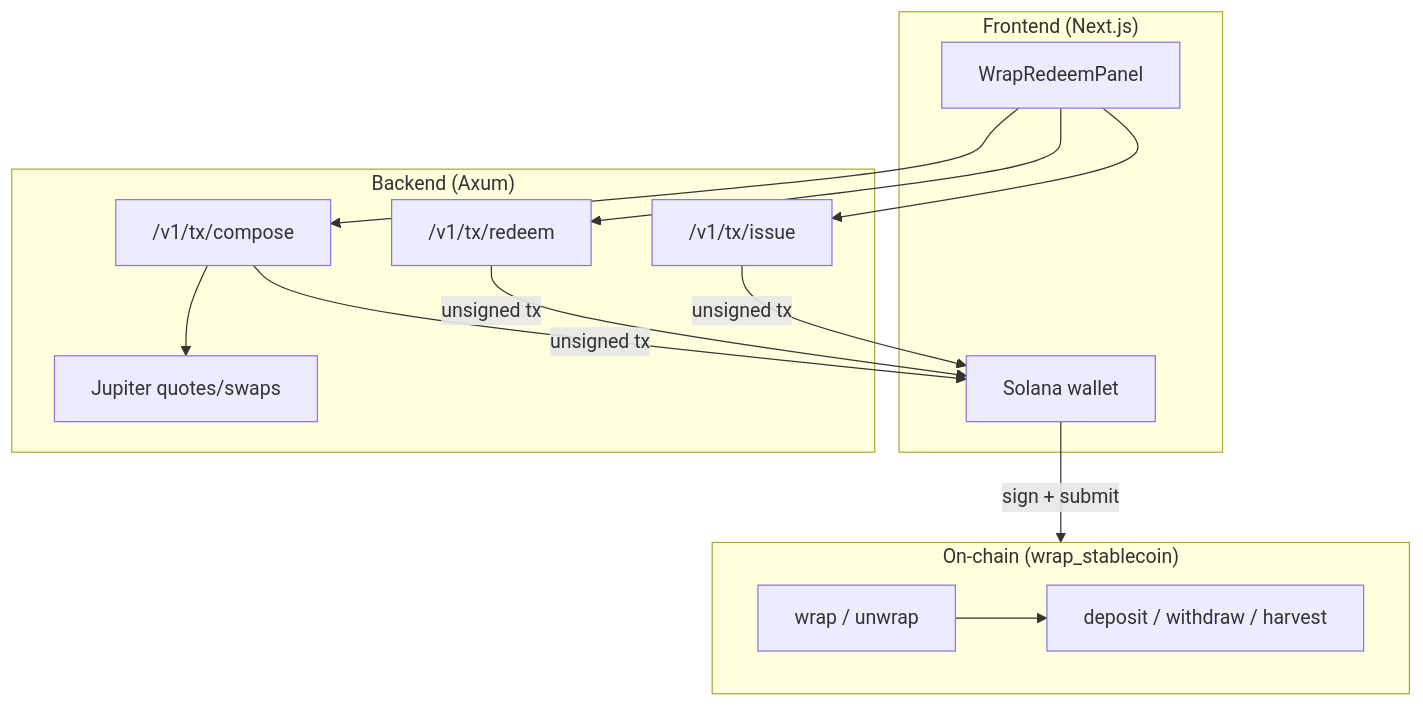
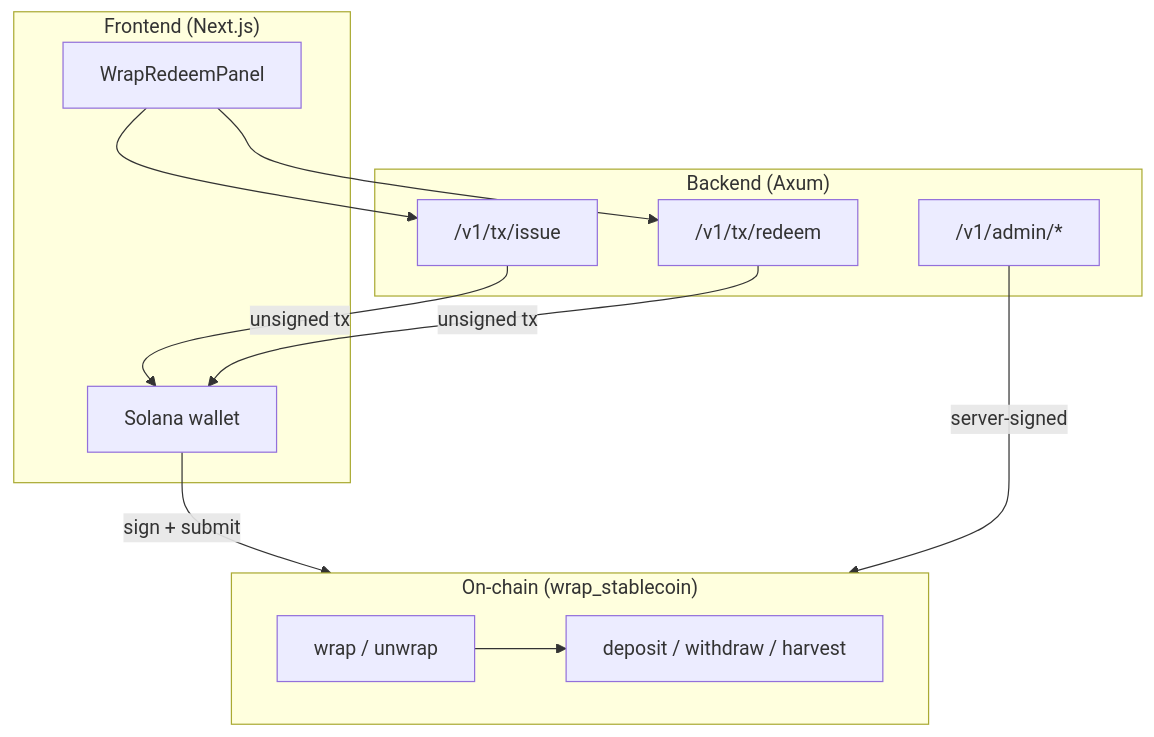
One commit to eregion-labs/wrap-stablecoin changed the first of 4 diagrams in wiki/Architecture.md. Above: the diagram before and after it, drawn with Mermaid. The commit also changed other lines of this file and 143 other files, not shown here.

Commit message:
Expose Chamber and Yield admin ops on /v1/admin, drop Jupiter compose so users wrap registered collateral directly, and restyle the apps and Swagger UI to the Florence editorial look.

````diff
--- a/wiki/Architecture.md
+++ b/wiki/Architecture.md
@@ -7,25 +7,24 @@
 ```mermaid
 flowchart TB
     subgraph UI["Frontend (Next.js)"]
         Wallet[Solana wallet]
         Panel[WrapRedeemPanel]
     end
 
     subgraph API["Backend (Axum)"]
         Issue["/v1/tx/issue"]
         Redeem["/v1/tx/redeem"]
-        Compose["/v1/tx/compose"]
-        Jupiter[Jupiter quotes/swaps]
+        Admin["/v1/admin/*"]
     end
 
     subgraph Chain["On-chain (wrap_stablecoin)"]
         Wrap[wrap / unwrap]
         KLend[deposit / withdraw / harvest]
     end
 
-    Panel --> Issue & Redeem & Compose
-    Compose --> Jupiter
-    Issue & Redeem & Compose -->|unsigned tx| Wallet
+    Panel --> Issue & Redeem
+    Issue & Redeem -->|unsigned tx| Wallet
     Wallet -->|sign + submit| Chain
+    Admin -->|server-signed| Chain
     Wrap --> KLend
 ```
````
